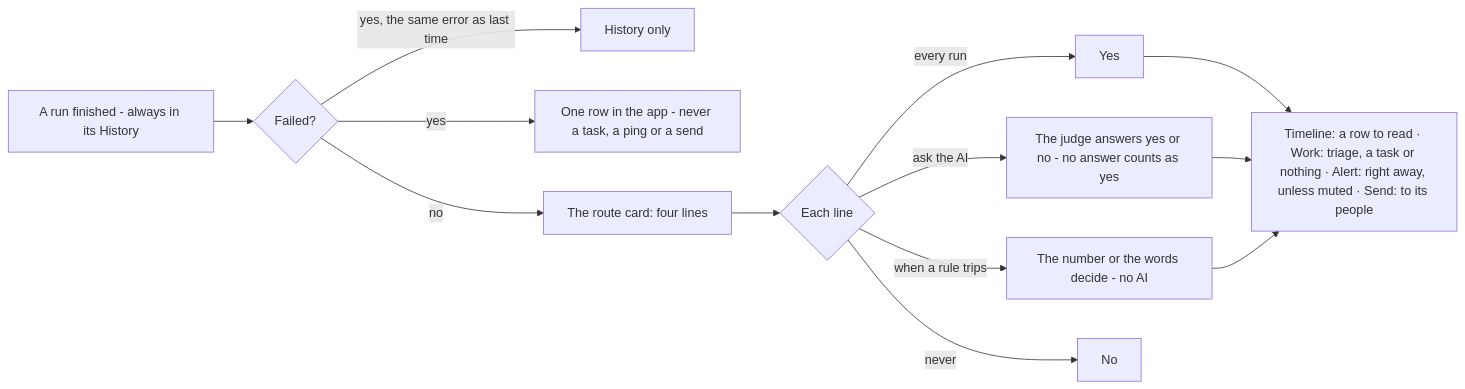
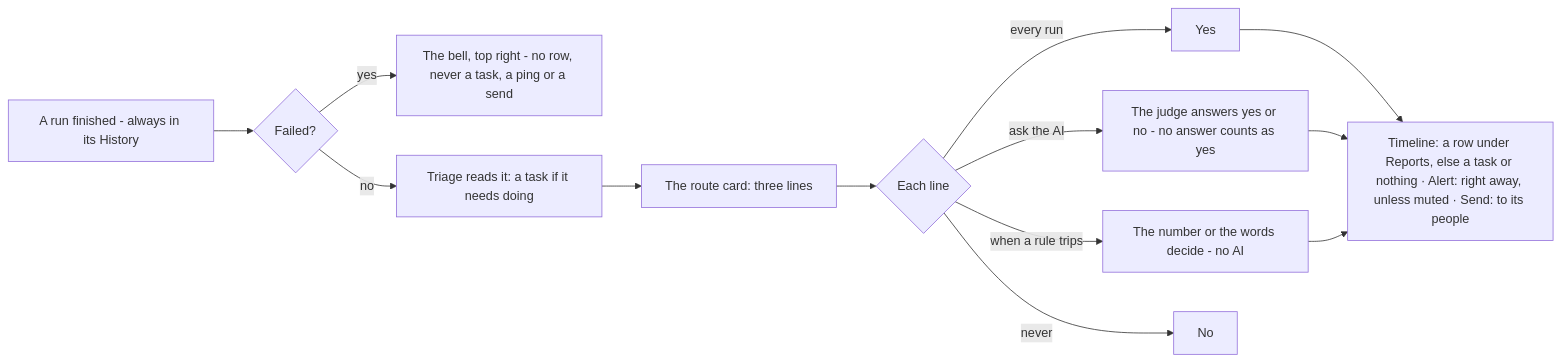
Before and after one commit to ldbumble/taskuary: the second of 2 diagrams in docs/how-a-report-runs.md, drawn with Mermaid. The commit also changed other lines of this file and 38 other files, not shown here.

First line of the commit message:
feat: triage reads every report run that worked, and a failure is the bell's alone

````diff
--- a/docs/how-a-report-runs.md
+++ b/docs/how-a-report-runs.md
@@ -41,15 +42,15 @@
 ```mermaid
 flowchart LR
   R["A run finished - always in its History"] --> F{"Failed?"}
-  F -->|yes, the same error as last time| Q["History only"]
-  F -->|yes| A1["One row in the app - never a task, a ping or a send"]
-  F -->|no| C["The route card: four lines"]
+  F -->|yes| A1["The bell, top right - no row, never a task, a ping or a send"]
+  F -->|no| T["Triage reads it: a task if it needs doing"]
+  T --> C["The route card: three lines"]
   C --> L{"Each line"}
   L -->|every run| Y["Yes"]
   L -->|ask the AI| J["The judge answers yes or no - no answer counts as yes"]
   L -->|when a rule trips| N["The number or the words decide - no AI"]
   L -->|never| X["No"]
-  Y --> G["Timeline: a row to read · Work: triage, a task or nothing · Alert: right away, unless muted · Send: to its people"]
+  Y --> G["Timeline: a row under Reports, else a task or nothing · Alert: right away, unless muted · Send: to its people"]
   J --> G
   N --> G
 ```
````
